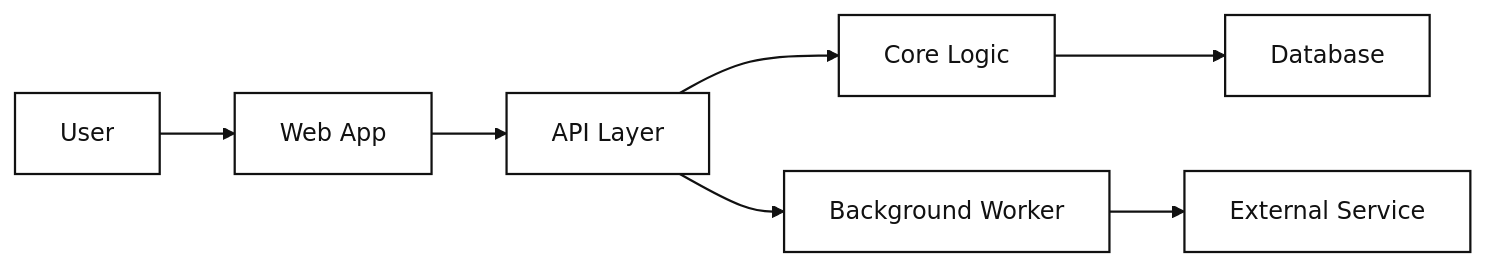
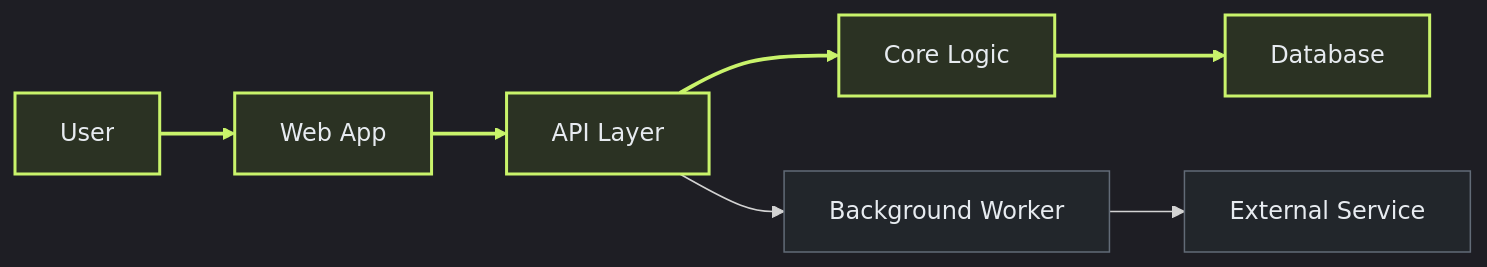
Before and after one commit to adianvel/codebase-map: the diagram in README.md, drawn with Mermaid. The commit also changed other lines of this file and 3 other files, not shown here.

Commit message:
Make codebase-map answers diagram-first

````diff
--- a/README.md
+++ b/README.md
@@ -76,14 +85,17 @@
 ```mermaid
+%%{init: {"theme":"dark","themeVariables":{"background":"#17191D","fontFamily":"system-ui"}}}%%
 flowchart LR
     user["User"] --> web["Web App"]
     web --> api["API Layer"]
     api --> core["Core Logic"]
     core --> db["Database"]
 
     api --> worker["Background Worker"]
     worker --> external["External Service"]
 
-    classDef node fill:#fff,stroke:#111,stroke-width:1.5px,color:#111;
-    class user,web,api,core,db,worker,external node;
-    linkStyle default stroke:#111,stroke-width:1.5px;
+    classDef node fill:#22262B,stroke:#626B77,color:#E7EBF0;
+    classDef focus fill:#2B3223,stroke:#C9F36B,stroke-width:2px,color:#E7EBF0;
+    class user,web,api,core,db focus;
+    class worker,external node;
+    linkStyle 0,1,2,3 stroke:#C9F36B,stroke-width:2.5px;
 ```
````
